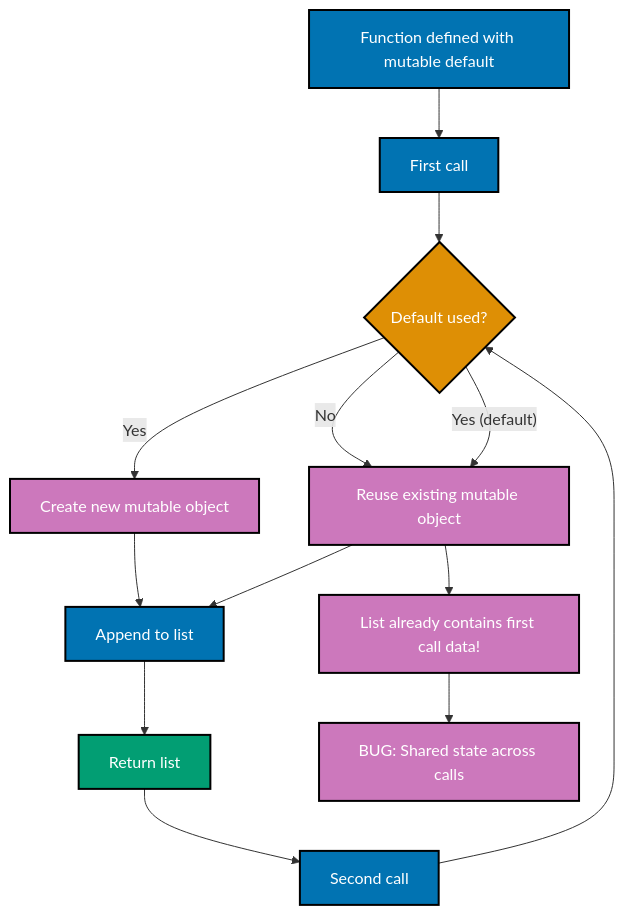
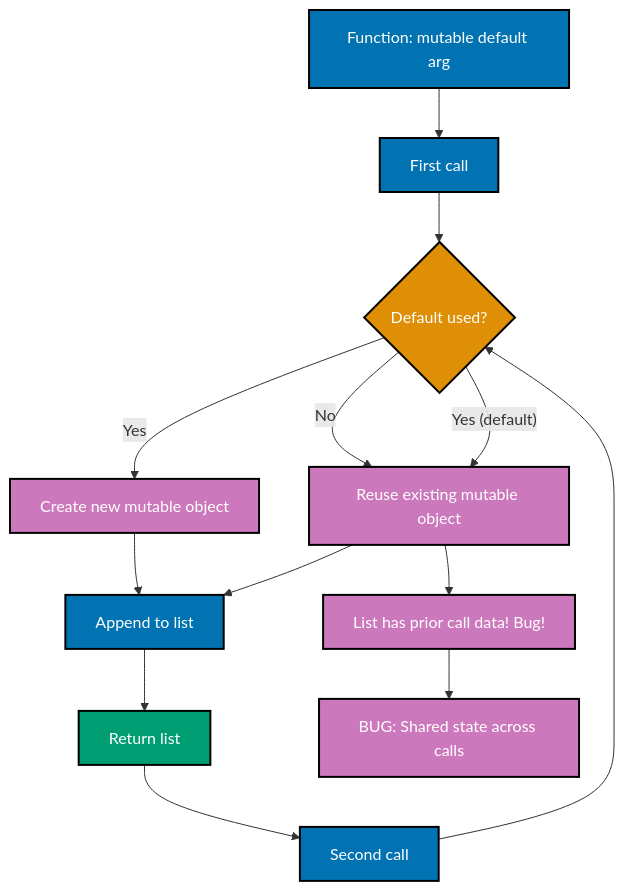
Before and after one commit to wahidyankf/open-sharia-enterprise: the first of 6 diagrams in docs/explanation/software-engineering/programming-languages/python/anti-patterns.md, drawn with Mermaid. The commit also changed other lines of this file and 12 other files, not shown here.

First line of the commit message:
fix(docs): fix mermaid violations in python docs

````diff
--- a/docs/explanation/software-engineering/programming-languages/python/anti-patterns.md
+++ b/docs/explanation/software-engineering/programming-languages/python/anti-patterns.md
@@ -778,32 +778,32 @@
 ```mermaid
 %% Color Palette: Blue #0173B2, Orange #DE8F05, Teal #029E73, Purple #CC78BC
 graph TD
-  A[Function defined with mutable default]:::blue
+  A[Function: mutable default arg]:::blue
   B[First call]:::blue
   C{Default used?}:::orange
   D[Create new mutable object]:::purple
   E[Reuse existing mutable object]:::purple
   F[Append to list]:::blue
   G[Return list]:::teal
   H[Second call]:::blue
-  I[List already contains first call data!]:::purple
+  I[List has prior call data! Bug!]:::purple
   J[BUG: Shared state across calls]:::purple
 
   A --> B
   B --> C
   C -->|Yes| D
   D --> F
   C -->|No| E
   E --> F
   F --> G
   G --> H
   H --> C
   C -->|Yes #40;default#41;| E
   E --> I
   I --> J
 
   classDef blue fill:#0173B2,stroke:#000000,color:#FFFFFF,stroke-width:2px
   classDef orange fill:#DE8F05,stroke:#000000,color:#FFFFFF,stroke-width:2px
   classDef teal fill:#029E73,stroke:#000000,color:#FFFFFF,stroke-width:2px
   classDef purple fill:#CC78BC,stroke:#000000,color:#FFFFFF,stroke-width:2px
 ```
````
